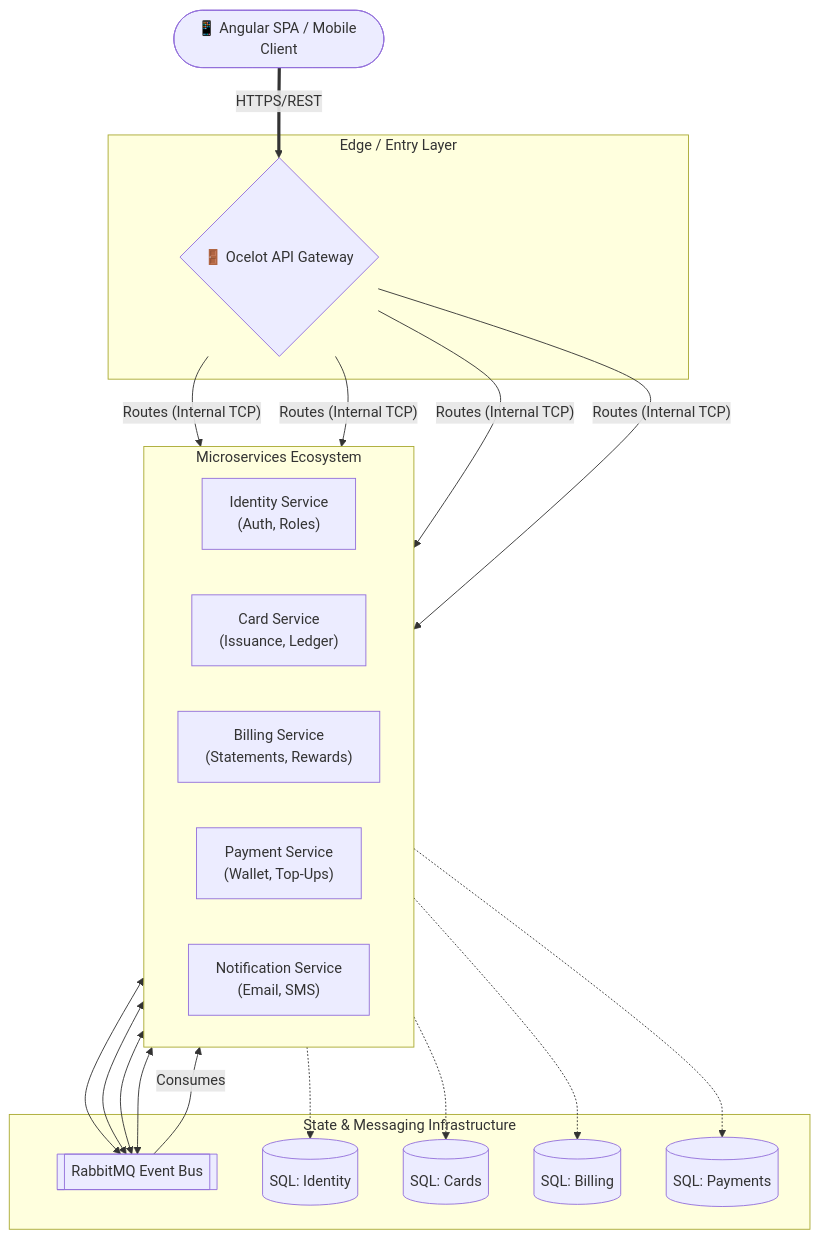
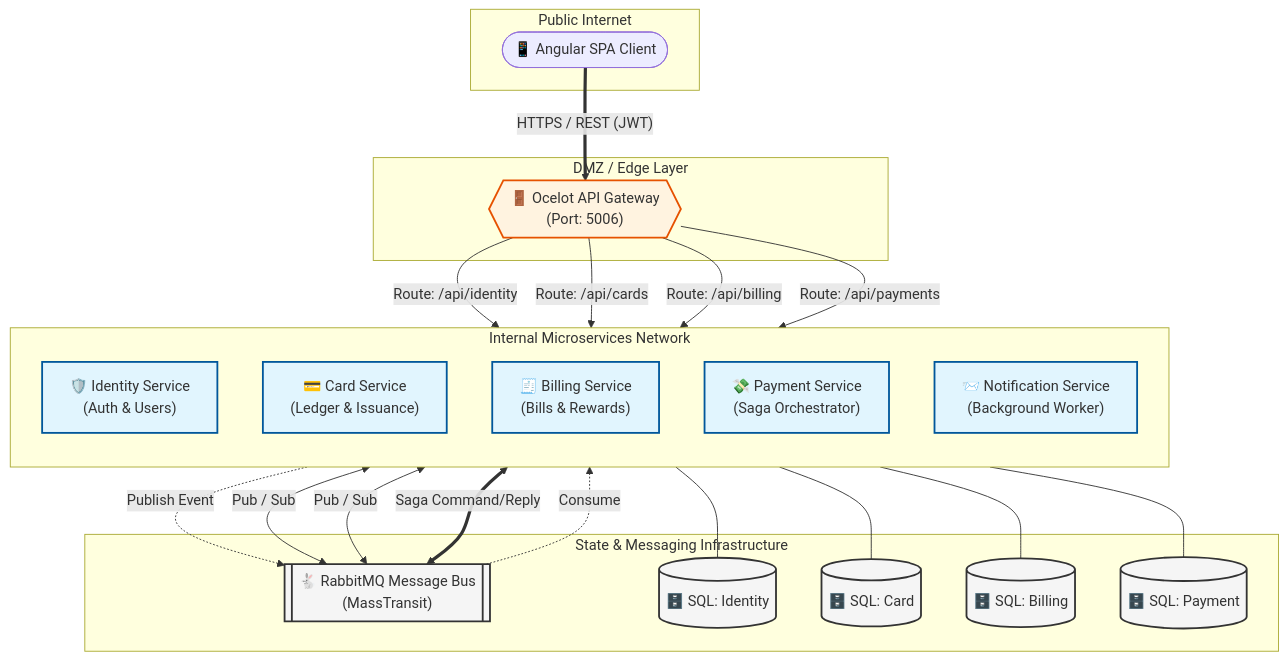
The diagram in src/docs/HLD.md (TirtharajBarma/cred-vault), drawn with Mermaid before and after one commit. The commit also changed other lines of this file and 26 other files, not shown here.

````diff
--- a/src/docs/HLD.md
+++ b/src/docs/HLD.md
@@ -46,50 +57,62 @@
 ```mermaid
 flowchart TB
-    %% External Actors
-    Client(["📱 Angular SPA / Mobile Client"])
-    
-    %% Edge Layer
-    subgraph Edge [Edge / Entry Layer]
-        Gateway{"🚪 Ocelot API Gateway"}
+    %% External Layer
+    subgraph External_Zone [Public Internet]
+        Client(["📱 Angular SPA Client"])
     end
 
-    %% Application Layer
-    subgraph Microservices [Microservices Ecosystem]
-        direction LR
-        ID["Identity Service<br>(Auth, Roles)"]
-        CD["Card Service<br>(Issuance, Ledger)"]
-        BL["Billing Service<br>(Statements, Rewards)"]
-        PM["Payment Service<br>(Wallet, Top-Ups)"]
-        NT["Notification Service<br>(Email, SMS)"]
+    %% Edge Layer
+    subgraph Edge_Layer [DMZ / Edge Layer]
+        Gateway{{"🚪 Ocelot API Gateway<br/>(Port: 5006)"}}
     end
 
-    %% Infrastructure Layer
-    subgraph Infra [State & Messaging Infrastructure]
-        MQ[["RabbitMQ Event Bus"]]
-        DB_ID[("SQL: Identity")]
-        DB_CD[("SQL: Cards")]
-        DB_BL[("SQL: Billing")]
-        DB_PM[("SQL: Payments")]
+    %% Internal Services
+    subgraph Service_Mesh [Internal Microservices Network]
+        direction TB
+        ID["🛡️ Identity Service<br/>(Auth & Users)"]
+        CD["💳 Card Service<br/>(Ledger & Issuance)"]
+        BL["🧾 Billing Service<br/>(Bills & Rewards)"]
+        PM["💸 Payment Service<br/>(Saga Orchestrator)"]
+        NT["📨 Notification Service<br/>(Background Worker)"]
     end
 
-    %% Associations
-    Client ==>|"HTTPS/REST"| Gateway
+    %% Messaging & State
+    subgraph Infrastructure_Layer [State & Messaging Infrastructure]
+        MQ[["🐇 RabbitMQ Message Bus<br/>(MassTransit)"]]
+        
+        DB_ID[("🗄️ SQL: Identity")]
+        DB_CD[("🗄️ SQL: Card")]
+        DB_BL[("🗄️ SQL: Billing")]
+        DB_PM[("🗄️ SQL: Payment")]
+    end
+
+    %% Connectivity
+    Client ==>|"HTTPS / REST (JWT)"| Gateway
     
-    Gateway -->|"Routes (Internal TCP)"| ID
-    Gateway -->|"Routes (Internal TCP)"| CD
-    Gateway -->|"Routes (Internal TCP)"| BL
-    Gateway -->|"Routes (Internal TCP)"| PM
+    Gateway -->|"Route: /api/identity"| ID
+    Gateway -->|"Route: /api/cards"| CD
+    Gateway -->|"Route: /api/billing"| BL
+    Gateway -->|"Route: /api/payments"| PM
     
-    %% DB Associations
-    ID -.-> DB_ID
-    CD -.-> DB_CD
-    BL -.-> DB_BL
-    PM -.-> DB_PM
+    %% Service to DB
+    ID --- DB_ID
+    CD --- DB_CD
+    BL --- DB_BL
+    PM --- DB_PM
     
-    %% Event Bus Associations
-    ID <--> MQ
-    CD <--> MQ
-    BL <--> MQ
-    PM <--> MQ
-    MQ -->|"Consumes"| NT
+    %% Event Bus Interactivity
+    ID -.->|"Publish Event"| MQ
+    CD <-->|"Pub / Sub"| MQ
+    BL <-->|"Pub / Sub"| MQ
+    PM <==>|"Saga Command/Reply"| MQ
+    MQ -.->|"Consume"| NT
+
+    %% Styling
+    classDef infra fill:#f5f5f5,stroke:#333,stroke-width:2px;
+    classDef service fill:#e1f5fe,stroke:#01579b,stroke-width:2px;
+    classDef edge fill:#fff3e0,stroke:#e65100,stroke-width:2px;
+    
+    class MQ,DB_ID,DB_CD,DB_BL,DB_PM infra
+    class ID,CD,BL,PM,NT service
+    class Gateway edge
 ```
````
